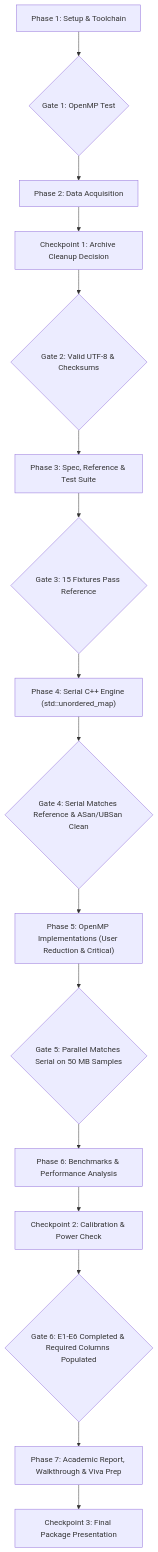
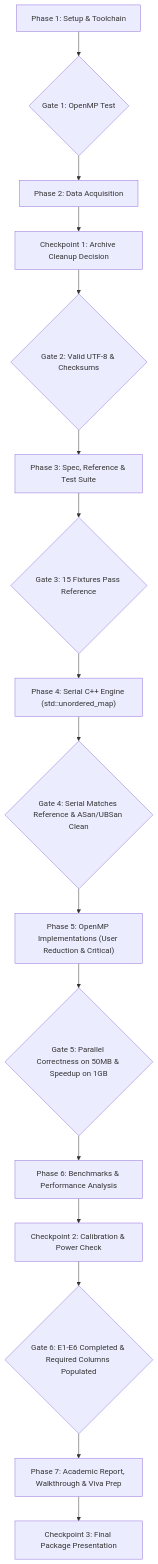
One commit to iam-656/Parallel-Word-Count-Text-Processing-using-OpenMP changed the diagram in implementation_plan.md. Above: the diagram before and after it, drawn with Mermaid. The commit also changed other lines of this file and 2 other files, not shown here.

````diff
--- a/implementation_plan.md
+++ b/implementation_plan.md
@@ -37,18 +38,18 @@
 ```mermaid
 flowchart TD
     P1["Phase 1: Setup & Toolchain"] --> G1{"Gate 1: OpenMP Test"}
     G1 --> P2["Phase 2: Data Acquisition"]
     P2 --> CP1["Checkpoint 1: Archive Cleanup Decision"]
     CP1 --> G2{"Gate 2: Valid UTF-8 & Checksums"}
     G2 --> P3["Phase 3: Spec, Reference & Test Suite"]
     P3 --> G3{"Gate 3: 15 Fixtures Pass Reference"}
     G3 --> P4["Phase 4: Serial C++ Engine (std::unordered_map)"]
     P4 --> G4{"Gate 4: Serial Matches Reference & ASan/UBSan Clean"}
     G4 --> P5["Phase 5: OpenMP Implementations (User Reduction & Critical)"]
-    P5 --> G5{"Gate 5: Parallel Matches Serial on 50 MB Samples"}
+    P5 --> G5{"Gate 5: Parallel Correctness on 50MB & Speedup on 1GB"}
     G5 --> P6["Phase 6: Benchmarks & Performance Analysis"]
     P6 --> CP2["Checkpoint 2: Calibration & Power Check"]
     CP2 --> G6{"Gate 6: E1-E6 Completed & Required Columns Populated"}
     G6 --> P7["Phase 7: Academic Report, Walkthrough & Viva Prep"]
     P7 --> CP3["Checkpoint 3: Final Package Presentation"]
 ```
````
